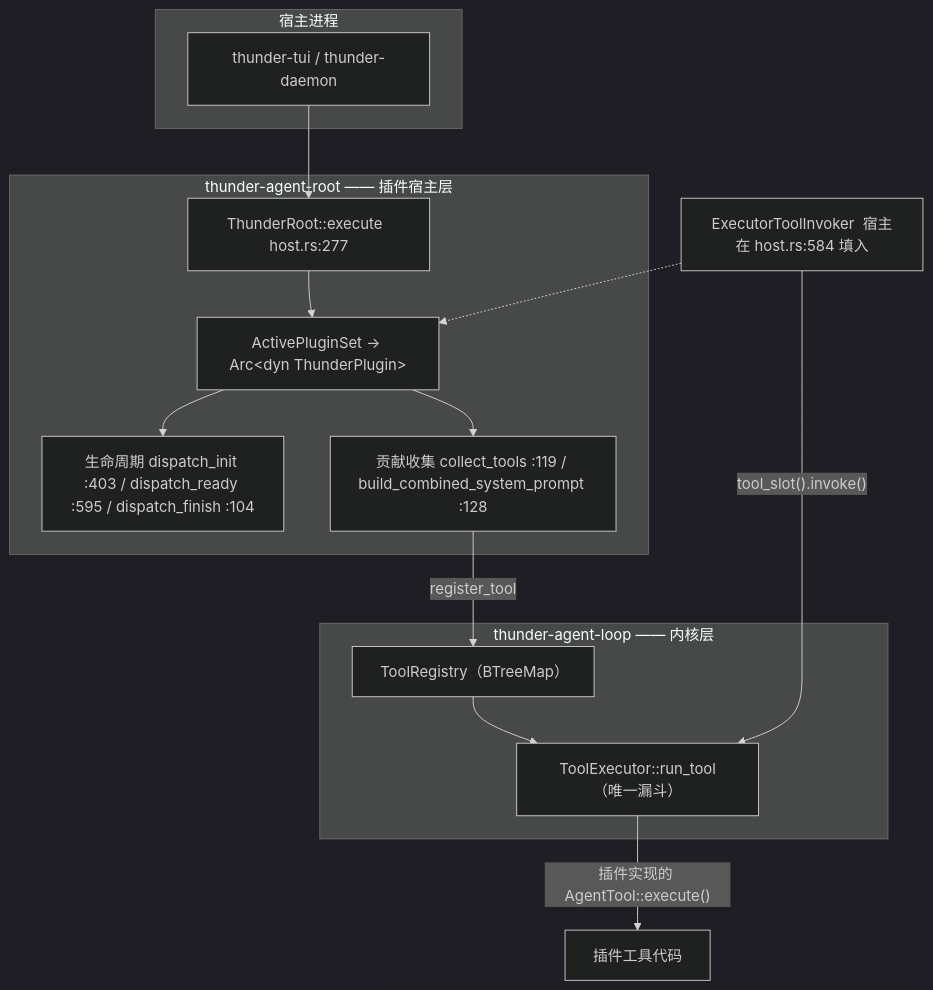
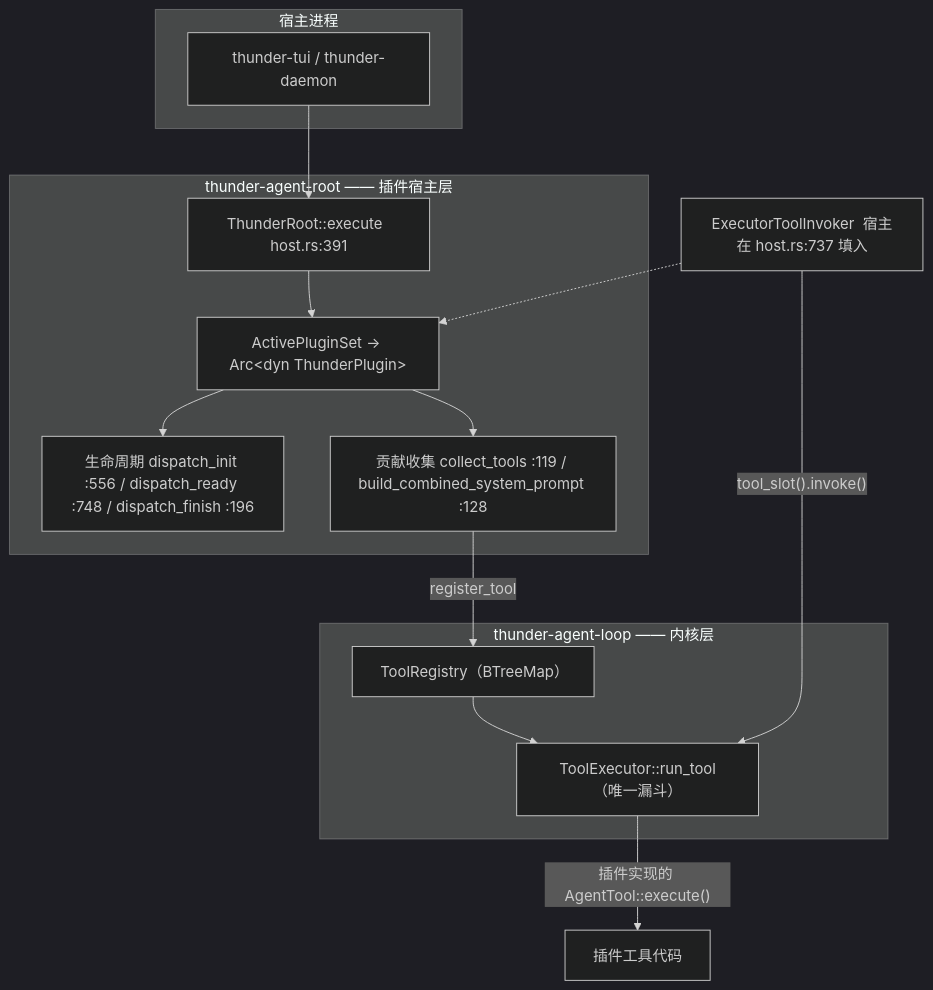
The diagram in docs/architecture.md (lucacicii/thunder), drawn with Mermaid (dark theme) before and after one commit. The commit also changed other lines of this file and 24 other files, not shown here.

````diff
--- a/docs/architecture.md
+++ b/docs/architecture.md
@@ -709,25 +735,25 @@
 ```mermaid
 flowchart TB
     subgraph HOSTBIN["宿主进程"]
         H["thunder-tui / thunder-daemon"]
     end
     subgraph ROOTLAYER["thunder-agent-root —— 插件宿主层"]
-        EXE["ThunderRoot::execute  host.rs:277"]
-        LIFE["生命周期 dispatch_init :403 / dispatch_ready :595 / dispatch_finish :104"]
+        EXE["ThunderRoot::execute  host.rs:391"]
+        LIFE["生命周期 dispatch_init :556 / dispatch_ready :748 / dispatch_finish :196"]
         CONTRIB["贡献收集 collect_tools :119 / build_combined_system_prompt :128"]
         SET["ActivePluginSet → Arc&lt;dyn ThunderPlugin&gt;"]
         EXE --> SET
         SET --> LIFE
         SET --> CONTRIB
     end
     subgraph KERNEL["thunder-agent-loop —— 内核层"]
         REG["ToolRegistry（BTreeMap）"]
         FUNNEL["ToolExecutor::run_tool（唯一漏斗）"]
         REG --> FUNNEL
     end
     H --> EXE
     CONTRIB -->|"register_tool"| REG
     FUNNEL -->|"插件实现的 AgentTool::execute()"| TOOL["插件工具代码"]
-    SLOT["ExecutorToolInvoker  宿主在 host.rs:584 填入"] -->|"tool_slot().invoke()"| FUNNEL
+    SLOT["ExecutorToolInvoker  宿主在 host.rs:737 填入"] -->|"tool_slot().invoke()"| FUNNEL
     SLOT -.-> SET
 ```
````
